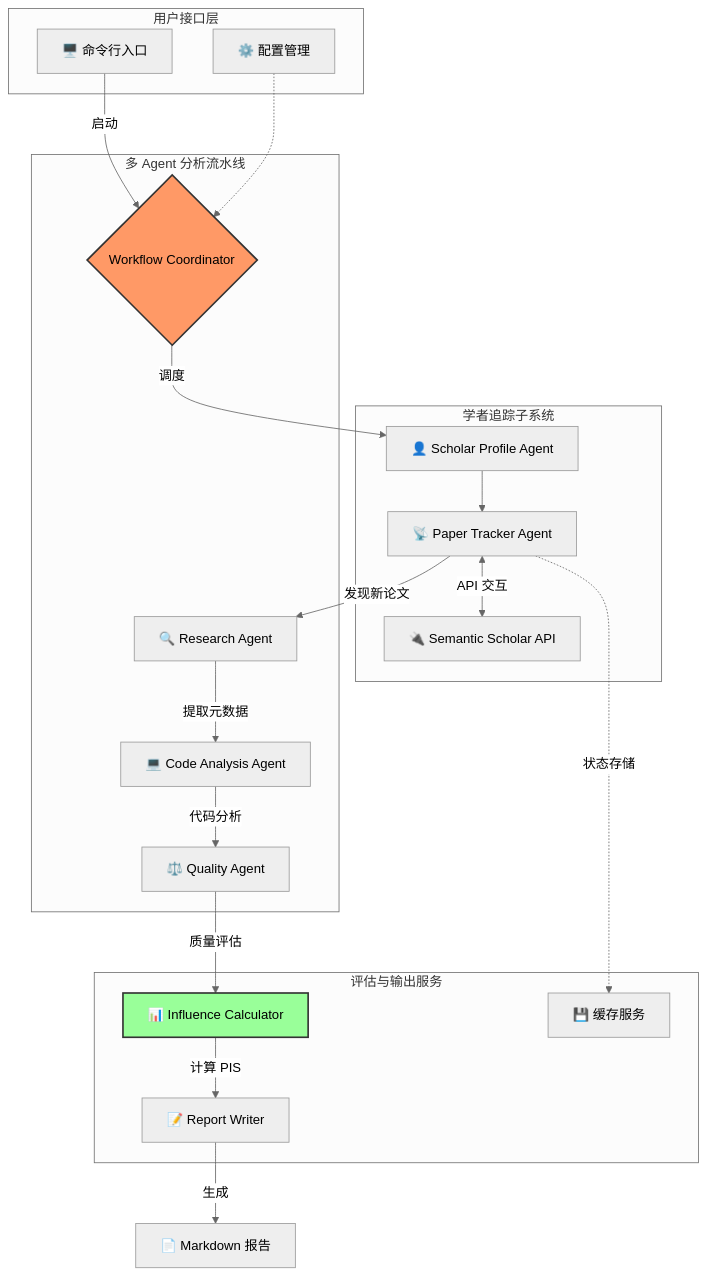
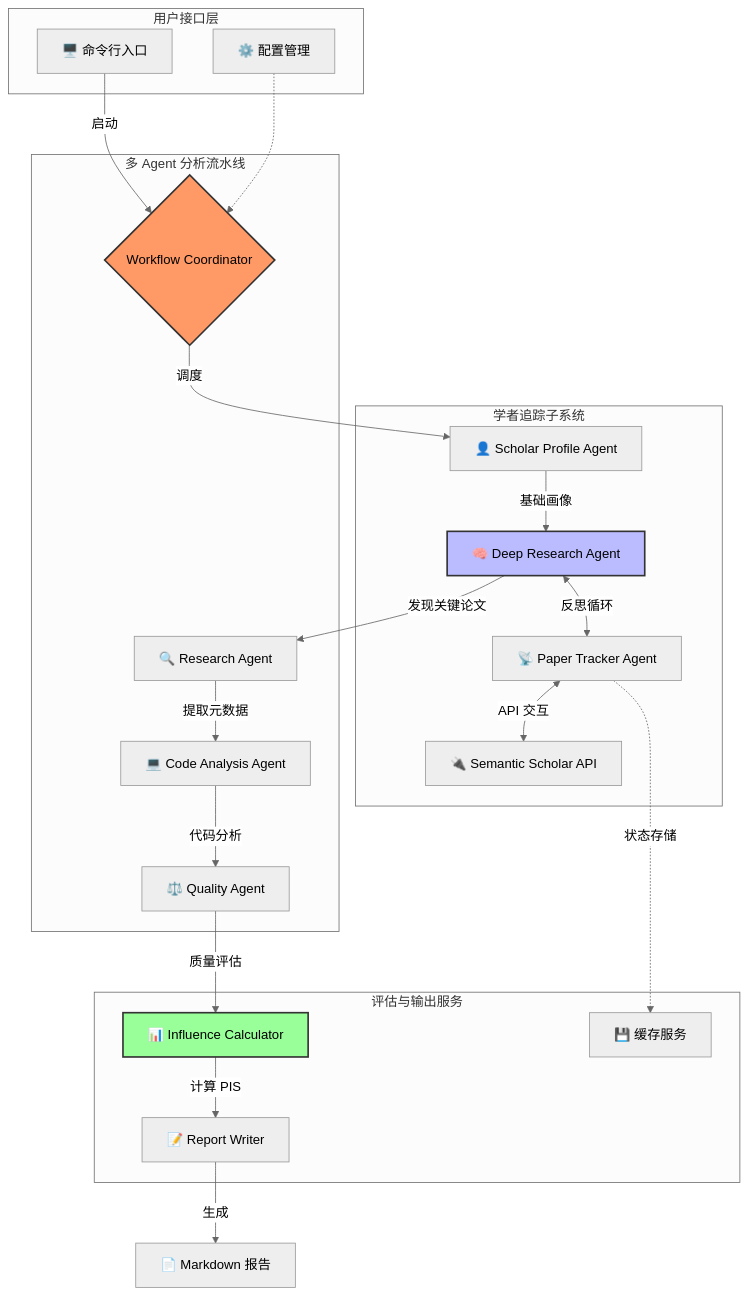
The diagram in README.md (jerry609/PaperBot), drawn with Mermaid (neutral theme) before and after one commit. The commit also changed other lines of this file, not shown here.

Commit message:
feat: 添加 Deep Research 模式，增强学者画像构建与反思循环

````diff
--- a/README.md
+++ b/README.md
@@ -32,45 +33,49 @@
 ```mermaid
 graph TB
     subgraph Interface [用户接口层]
         CLI[🖥️ 命令行入口]
         Config[⚙️ 配置管理]
     end
 
     subgraph Tracking [学者追踪子系统]
         SPA[👤 Scholar Profile Agent]
+        DRA[🧠 Deep Research Agent]
         PTA[📡 Paper Tracker Agent]
         SSA[🔌 Semantic Scholar API]
     end
 
     subgraph Pipeline [多 Agent 分析流水线]
         Coord{Workflow Coordinator}
         RA[🔍 Research Agent]
         CAA[💻 Code Analysis Agent]
         QA[⚖️ Quality Agent]
     end
 
     subgraph Service [评估与输出服务]
         IC[📊 Influence Calculator]
         RW[📝 Report Writer]
         Cache[💾 缓存服务]
     end
 
     CLI -->|启动| Coord
     Config -.-> Coord
-    
+
     Coord -->|调度| SPA
-    SPA --> PTA
+    SPA -->|基础画像| DRA
+
+    DRA <-->|反思循环| PTA
     PTA <-->|API 交互| SSA
     PTA -.->|状态存储| Cache
-    
-    PTA -->|发现新论文| RA
+
+    DRA -->|发现关键论文| RA
     RA -->|提取元数据| CAA
     CAA -->|代码分析| QA
     QA -->|质量评估| IC
     IC -->|计算 PIS| RW
-    
+
     RW -->|生成| MD[📄 Markdown 报告]
-    
+
     style Coord fill:#f96,stroke:#333,stroke-width:2px
     style IC fill:#9f9,stroke:#333,stroke-width:2px
+    style DRA fill:#bbf,stroke:#333,stroke-width:2px
 ```
````
